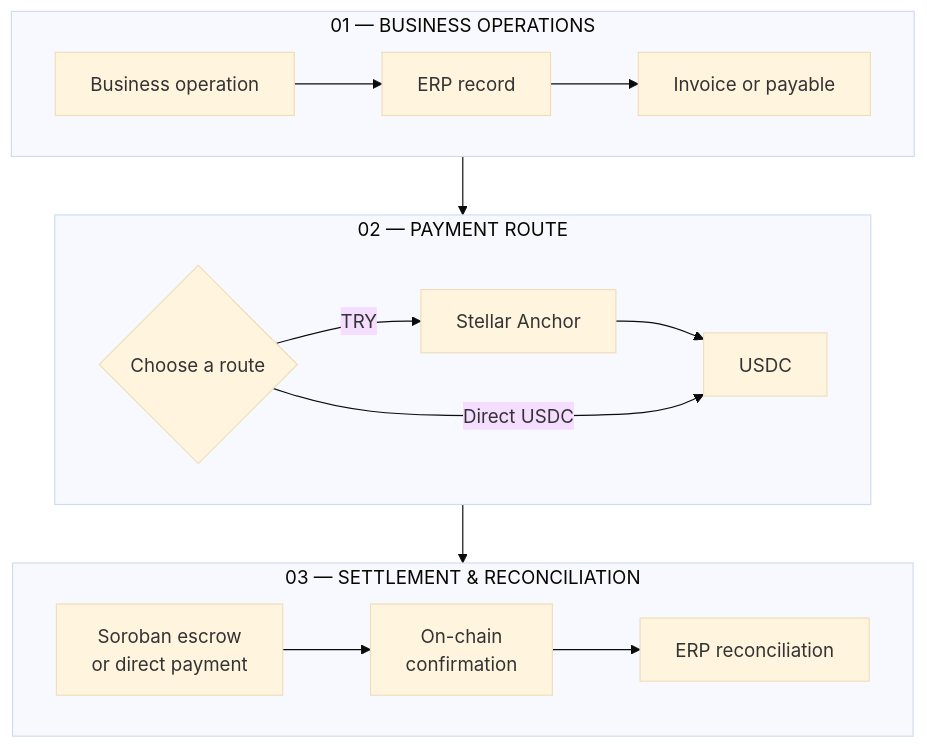
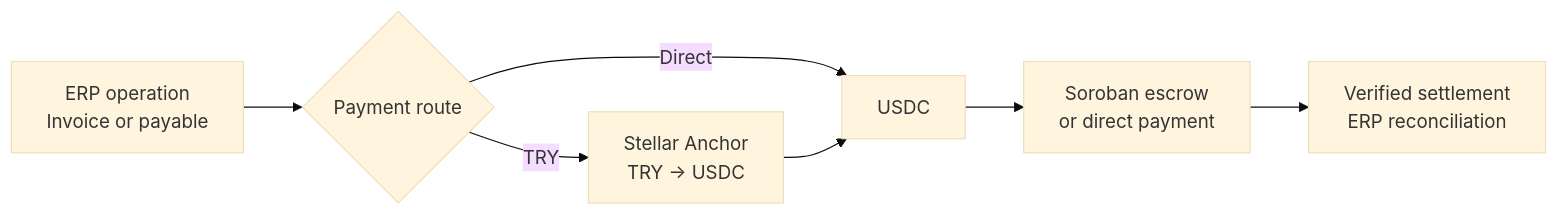
The first of 3 diagrams in README.md (ugurrcoskun/Centerp), drawn with Mermaid (base theme) before and after one commit.

Commit message:
docs: balance workflow diagram size

````diff
--- a/README.md
+++ b/README.md
@@ -51,22 +51,9 @@
 ```mermaid
-flowchart TB
-    subgraph Operations["01 — BUSINESS OPERATIONS"]
-        direction LR
-        A["Business operation"] --> B["ERP record"] --> C["Invoice or payable"]
-    end
-
-    subgraph Payment["02 — PAYMENT ROUTE"]
-        direction LR
-        D{"Choose a route"} -->|"TRY"| E["Stellar Anchor"]
-        E --> F["USDC"]
-        D -->|"Direct USDC"| F
-    end
-
-    subgraph Settlement["03 — SETTLEMENT & RECONCILIATION"]
-        direction LR
-        G["Soroban escrow<br/>or direct payment"] --> H["On-chain<br/>confirmation"] --> I["ERP reconciliation"]
-    end
-
+flowchart LR
+    A["ERP operation<br/>Invoice or payable"] --> B{"Payment route"}
+    B -->|"TRY"| C["Stellar Anchor<br/>TRY → USDC"]
+    B -->|"Direct"| D["USDC"]
     C --> D
-    F --> G
+    D --> E["Soroban escrow<br/>or direct payment"]
+    E --> F["Verified settlement<br/>ERP reconciliation"]
 ```
````
